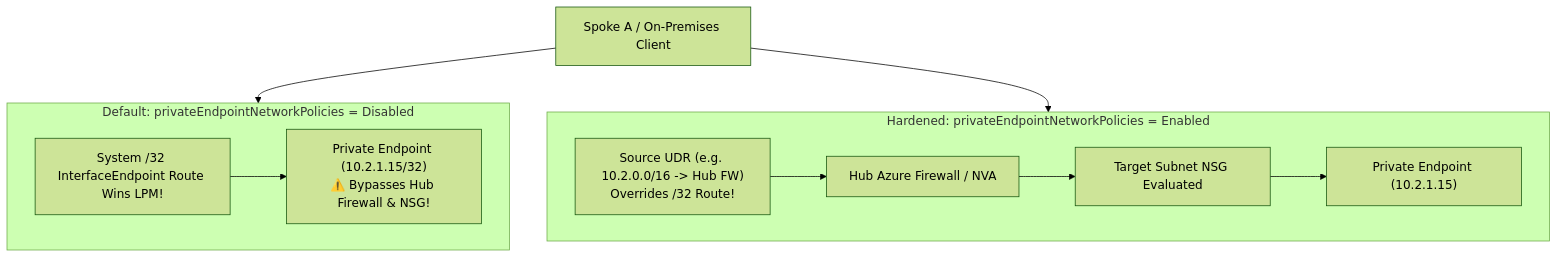
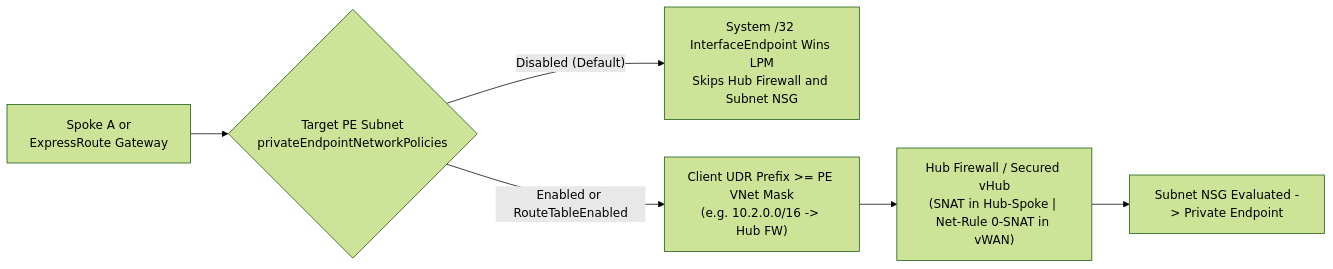
Before and after one commit to jonathan-vella/azure-networking: the diagram in src/content/docs/04-network-security/private-link-and-dns-at-scale.md, drawn with Mermaid (forest theme). The commit also changed other lines of this file and 13 other files, not shown here.

First line of the commit message:
docs(seg-06): verify network security & private link chapters, replace PNGs with SVGs

````diff
--- a/src/content/docs/04-network-security/private-link-and-dns-at-scale.md
+++ b/src/content/docs/04-network-security/private-link-and-dns-at-scale.md
@@ -198,13 +212,8 @@
 ```mermaid
-flowchart TB
-  CLIENT["Spoke A / On-Premises Client"]
-  subgraph WITHOUT["Default: privateEndpointNetworkPolicies = Disabled"]
-    R32["System /32 InterfaceEndpoint Route Wins LPM!"] --> PE_BYPASS["Private Endpoint (10.2.1.15/32)<br/>⚠️ Bypasses Hub Firewall & NSG!"]
-  end
-  subgraph WITH["Hardened: privateEndpointNetworkPolicies = Enabled"]
-    UDR["Source UDR (e.g. 10.2.0.0/16 -> Hub FW)<br/>Overrides /32 Route!"] --> FW["Hub Azure Firewall / NVA"]
-    FW --> NSG["Target Subnet NSG Evaluated"] --> PE_SEC["Private Endpoint (10.2.1.15)"]
-  end
-  CLIENT --> WITHOUT
-  CLIENT --> WITH
+flowchart LR
+  CLIENT["Spoke A or<br/>ExpressRoute Gateway"] --> CHECK{"Target PE Subnet<br/>privateEndpointNetworkPolicies"}
+  CHECK -- "Disabled (Default)" --> BYPASS["System /32 InterfaceEndpoint Wins LPM<br/>Skips Hub Firewall and Subnet NSG"]
+  CHECK -- "Enabled or RouteTableEnabled" --> UDR["Client UDR Prefix >= PE VNet Mask<br/>(e.g. 10.2.0.0/16 -> Hub FW)"]
+  UDR --> FW["Hub Firewall / Secured vHub<br/>(SNAT in Hub-Spoke | Net-Rule 0-SNAT in vWAN)"]
+  FW --> PE["Subnet NSG Evaluated -> Private Endpoint"]
 ```
````
